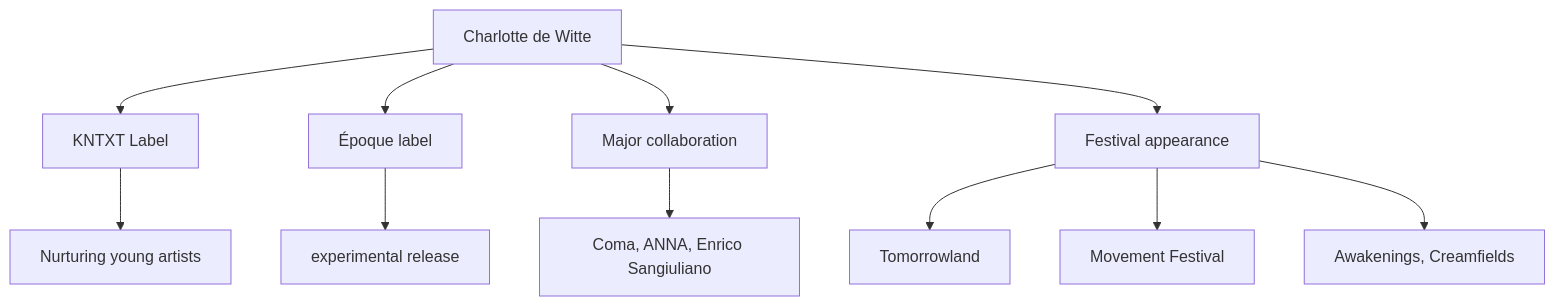
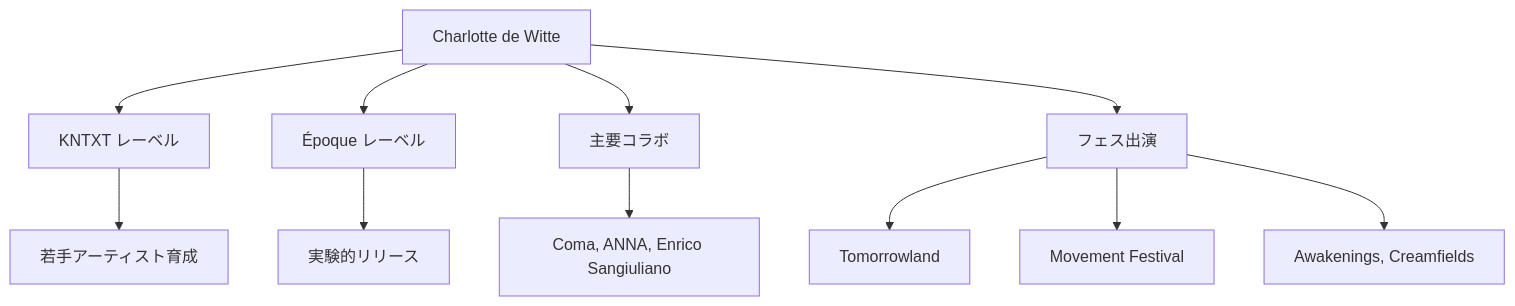
The third of 3 diagrams in en/_posts/2025-11-18-column-charlotte-de-witte.md (monumental-movement/monumental-movement.github.io), drawn with Mermaid before and after one commit. The commit also changed other lines of this file and 2196 other files, not shown here.

```diff
--- a/en/_posts/2025-11-18-column-charlotte-de-witte.md
+++ b/en/_posts/2025-11-18-column-charlotte-de-witte.md
@@ -226,15 +226,15 @@
 <div class="mermaid">
 
 graph TD
-    A[Charlotte de Witte] --> B[KNTXT Label]
-    A --> C[Époque label]
-    A --> D[Major collaboration]
-    A --> E[Festival appearance]
-    B --> F[Nurturing young artists]
-    C --> G[experimental release]
+    A[Charlotte de Witte] --> B[KNTXT レーベル]
+    A --> C[Époque レーベル]
+    A --> D[主要コラボ]
+    A --> E[フェス出演]
+    B --> F[若手アーティスト育成]
+    C --> G[実験的リリース]
     D --> H[Coma, ANNA, Enrico Sangiuliano]
     E --> I[Tomorrowland]
     E --> J[Movement Festival]
     E --> K[Awakenings, Creamfields]
 
 </div>
```
